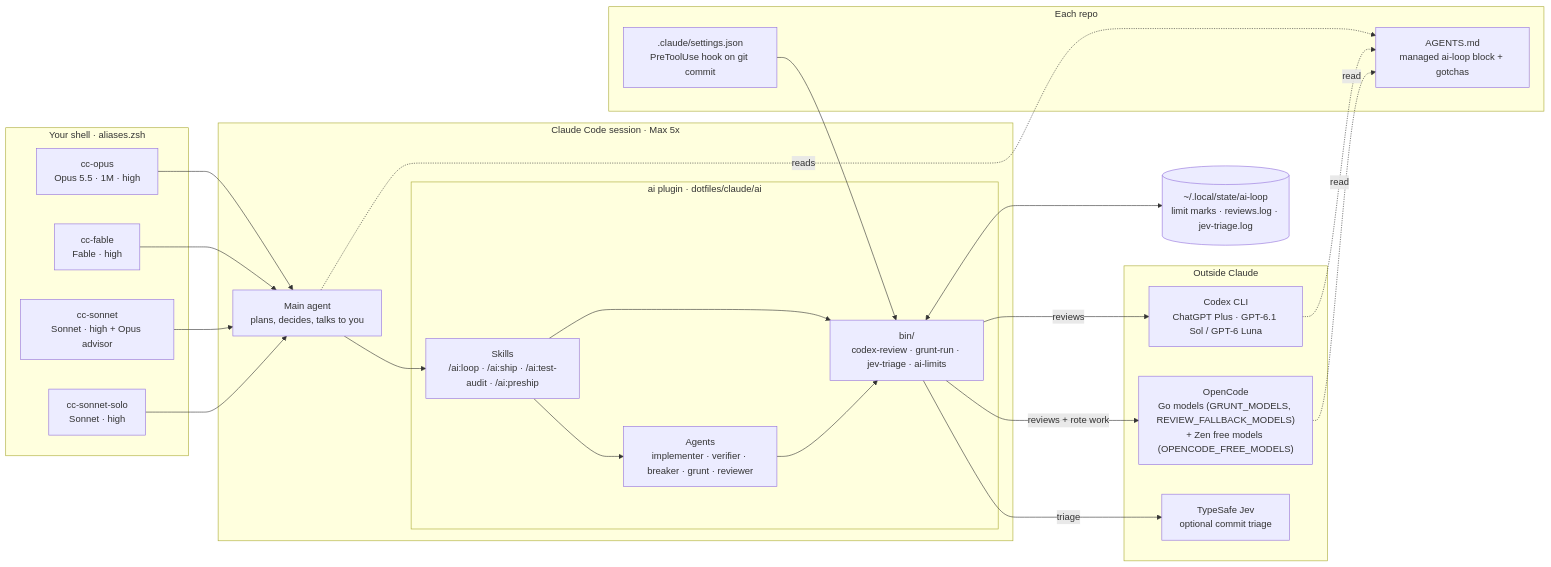
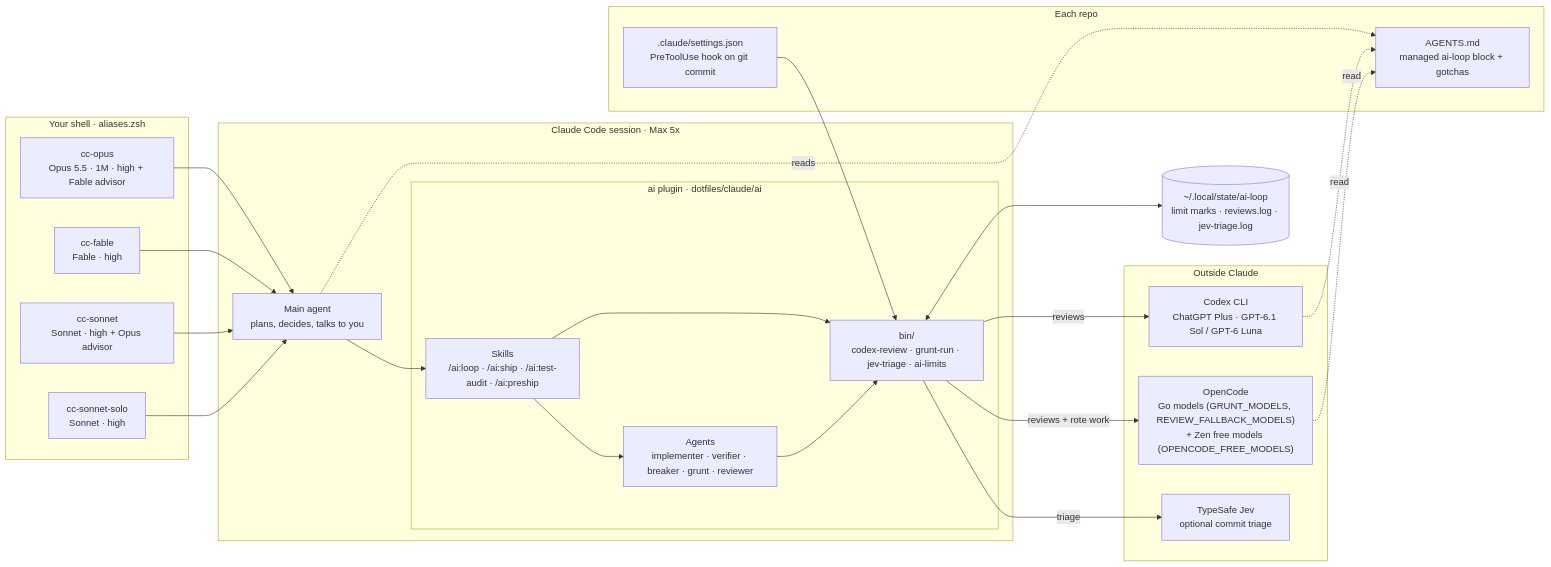
The first of 9 diagrams in claude/ARCHITECTURE.md (mrkpatchaa/dotfiles), drawn with Mermaid before and after one commit. The commit also changed other lines of this file and 2 other files, not shown here.

Commit message:
feat(claude): cc-opus starts with the Fable advisor (trial)

````diff
--- a/claude/ARCHITECTURE.md
+++ b/claude/ARCHITECTURE.md
@@ -18,44 +18,44 @@
 ```mermaid
 flowchart LR
   subgraph shell["Your shell · aliases.zsh"]
-    A1["cc-opus<br/>Opus 5.5 · 1M · high"]
+    A1["cc-opus<br/>Opus 5.5 · 1M · high + Fable advisor"]
     A2["cc-fable<br/>Fable · high"]
     A3["cc-sonnet<br/>Sonnet · high + Opus advisor"]
     A4["cc-sonnet-solo<br/>Sonnet · high"]
   end
 
   subgraph cc["Claude Code session · Max 5x"]
     MAIN["Main agent<br/>plans, decides, talks to you"]
     subgraph plugin["ai plugin · dotfiles/claude/ai"]
       SK["Skills<br/>/ai:loop · /ai:ship · /ai:test-audit · /ai:preship"]
       AG["Agents<br/>implementer · verifier · breaker · grunt · reviewer"]
       BIN["bin/<br/>codex-review · grunt-run · jev-triage · ai-limits"]
     end
   end
 
   subgraph repo["Each repo"]
     AGM["AGENTS.md<br/>managed ai-loop block + gotchas"]
     HOOK[".claude/settings.json<br/>PreToolUse hook on git commit"]
   end
 
   subgraph ext["Outside Claude"]
     CX["Codex CLI<br/>ChatGPT Plus · GPT-6.1 Sol / GPT-6 Luna"]
     OC["OpenCode<br/>Go models (GRUNT_MODELS, REVIEW_FALLBACK_MODELS)<br/>+ Zen free models (OPENCODE_FREE_MODELS)"]
     JEV["TypeSafe Jev<br/>optional commit triage"]
   end
 
   STATE[("~/.local/state/ai-loop<br/>limit marks · reviews.log · jev-triage.log")]
 
   A1 & A2 & A3 & A4 --> MAIN
   MAIN --> SK
   SK --> AG
   SK --> BIN
   AG --> BIN
   BIN -->|reviews| CX
   BIN -->|reviews + rote work| OC
   BIN -->|triage| JEV
   HOOK --> BIN
   MAIN -. reads .-> AGM
   CX & OC -. read .-> AGM
   BIN <--> STATE
 ```
````
